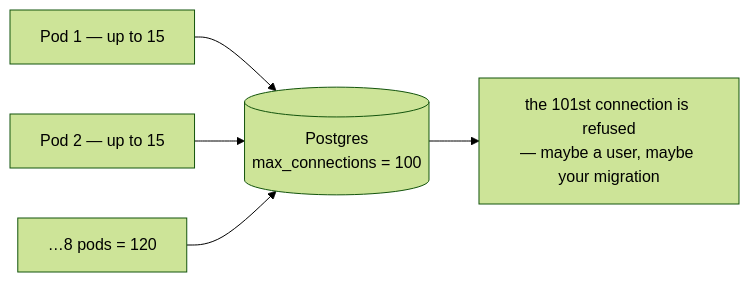
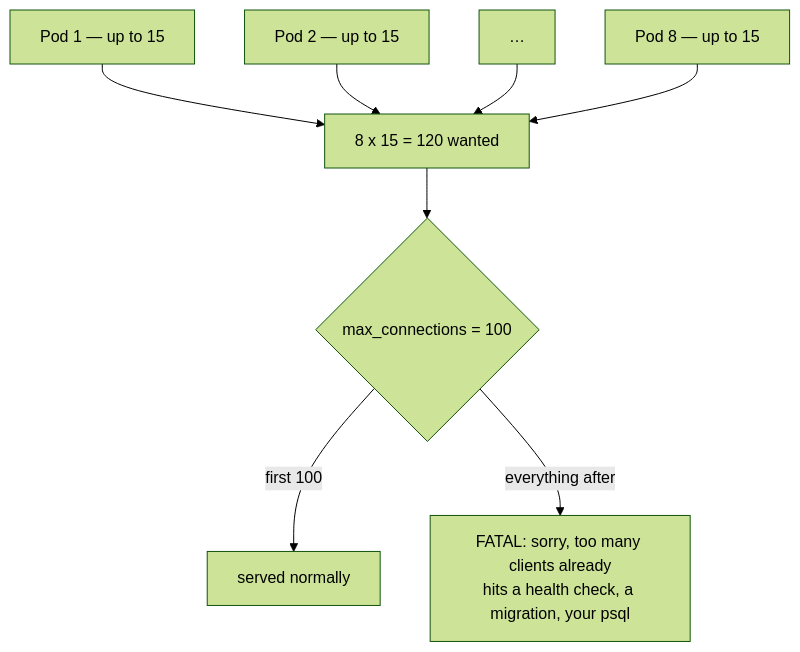
One commit to selvakumarperumal/Corporate_Filing_Analyzer_Agent changed diagram 12 of 17 in docs/TESTING-SCALING.md. Above: the diagram before and after it, drawn with Mermaid (forest theme). The commit also changed other lines of this file, not shown here.

Commit message:
docs: enrich scaling test breakdowns with detailed sequence flows, SQL examples, and negative test rigs

````diff
--- a/docs/TESTING-SCALING.md
+++ b/docs/TESTING-SCALING.md
@@ -396,7 +690,10 @@
 ```mermaid
-flowchart LR
-  P1["Pod 1 — up to 15"] --> PG[("Postgres<br/>max_connections = 100")]
-  P2["Pod 2 — up to 15"] --> PG
-  P3["…8 pods = 120"] --> PG
-  PG --> X["the 101st connection is refused<br/>— maybe a user, maybe your migration"]
+flowchart TB
+  P1["Pod 1 — up to 15"] --> T
+  P2["Pod 2 — up to 15"] --> T
+  P3["…"] --> T
+  P8["Pod 8 — up to 15"] --> T
+  T["8 x 15 = 120 wanted"] --> PG{"max_connections = 100"}
+  PG -->|"first 100"| OK["served normally"]
+  PG -->|"everything after"| X["FATAL: sorry, too many clients already<br/>hits a health check, a migration, your psql"]
 ```
````
